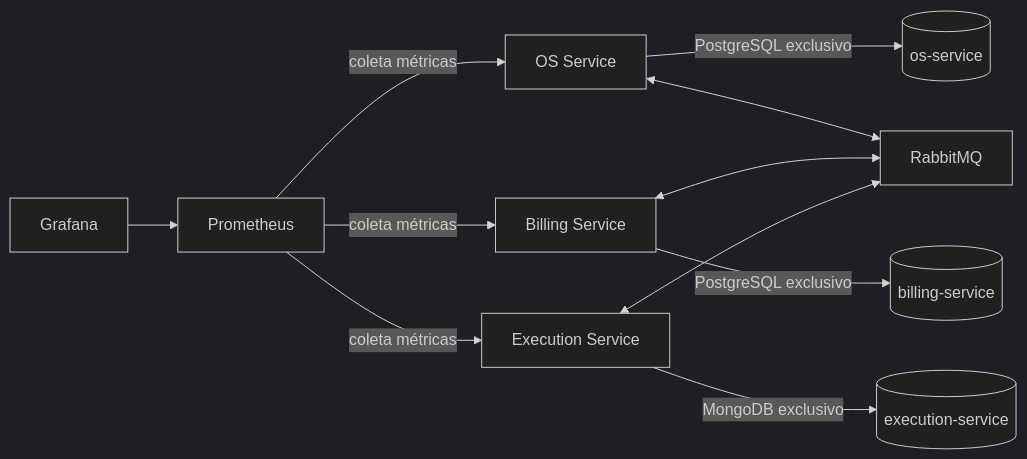
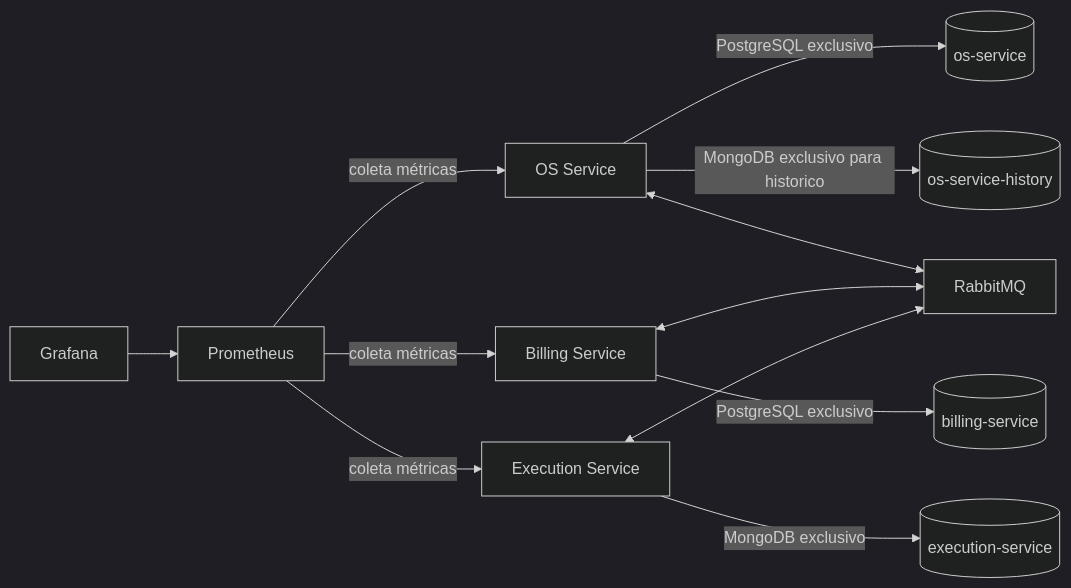
The diagram in README.md (Michael-Santana/tech-challenge-infrastructure), drawn with Mermaid (dark theme) before and after one commit. The commit also changed other lines of this file and 2 other files, not shown here.

````diff
--- a/README.md
+++ b/README.md
@@ -27,13 +29,14 @@
 ```mermaid
 flowchart LR
   OS[OS Service] -->|PostgreSQL exclusivo| OSDB[(os-service)]
+  OS -->|MongoDB exclusivo para historico| OSH[(os-service-history)]
   BILL[Billing Service] -->|PostgreSQL exclusivo| BILLDB[(billing-service)]
   EXEC[Execution Service] -->|MongoDB exclusivo| EXECDB[(execution-service)]
   OS <--> MQ[RabbitMQ]
   BILL <--> MQ
   EXEC <--> MQ
   PROM[Prometheus] -->|coleta métricas| OS
   PROM -->|coleta métricas| BILL
   PROM -->|coleta métricas| EXEC
   GRAF[Grafana] --> PROM
 ```
````
